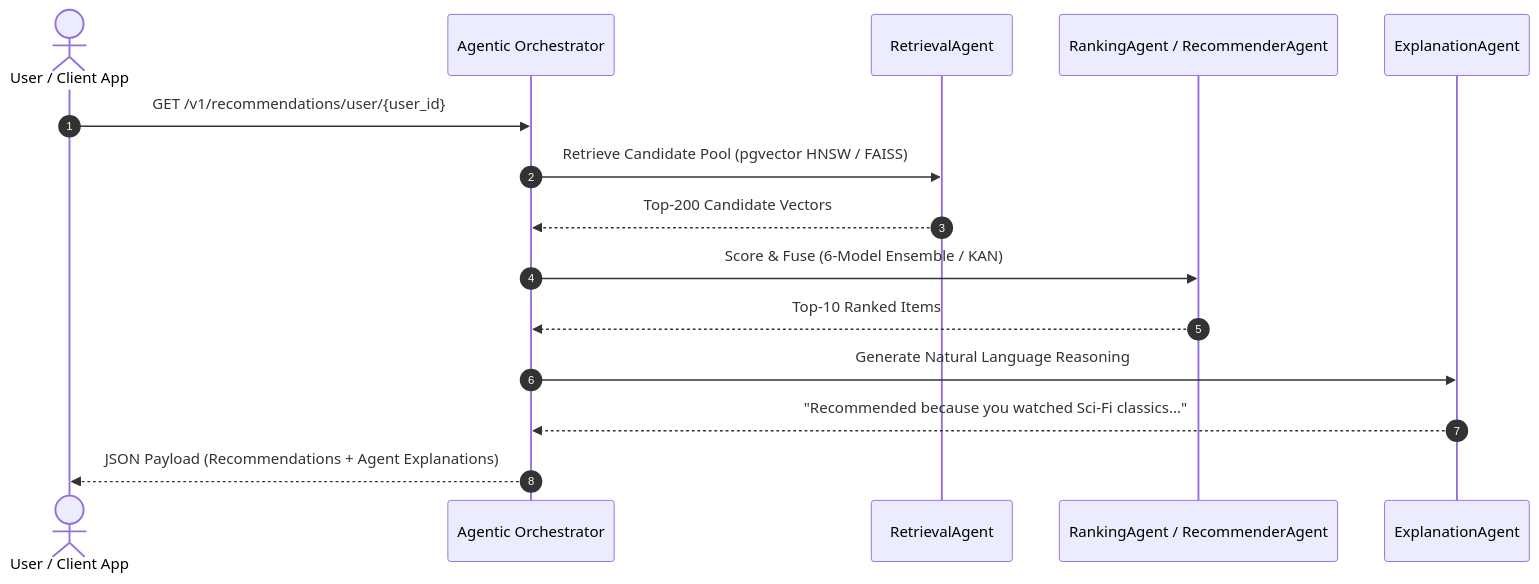
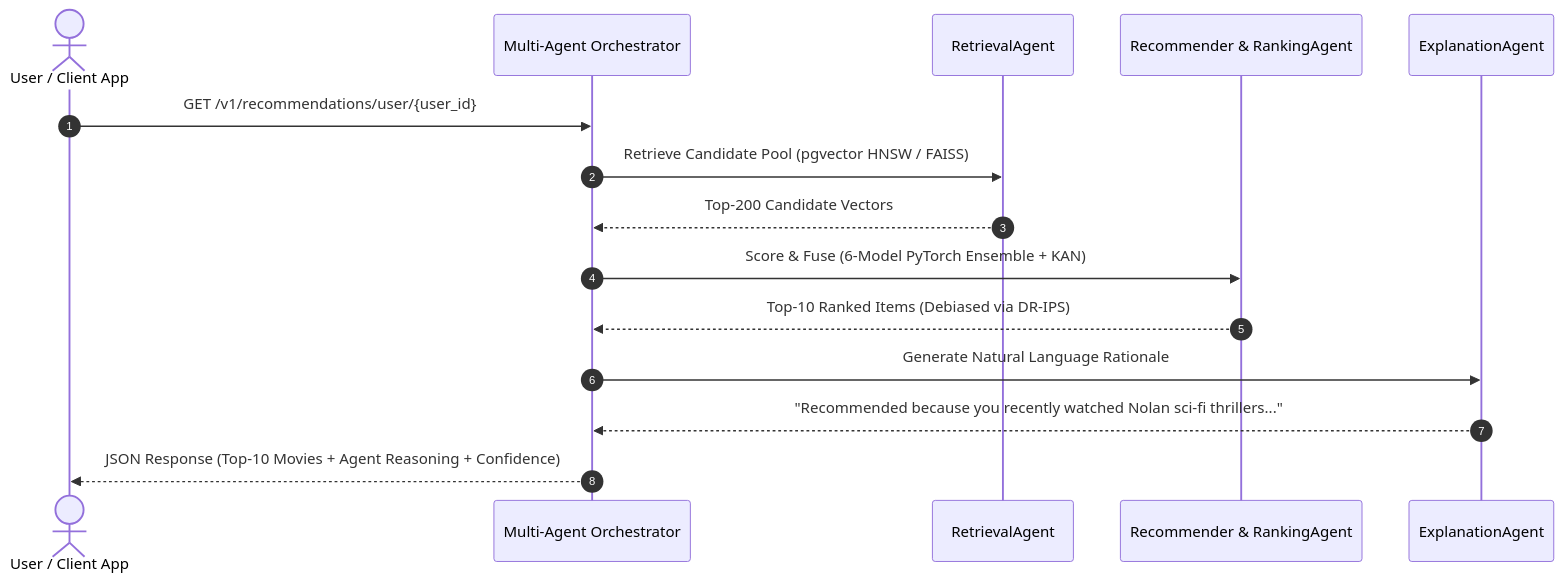
The second of 3 diagrams in README.md (pavan-badempet/Movie-Recommendation-System), drawn with Mermaid before and after one commit. The commit also changed other lines of this file and 7 other files, not shown here.

````diff
--- a/README.md
+++ b/README.md
@@ -220,18 +395,18 @@
 ```mermaid
 sequenceDiagram
     autonumber
     actor User as User / Client App
-    participant Orchestrator as Agentic Orchestrator
+    participant Orchestrator as Multi-Agent Orchestrator
     participant Retrieval as RetrievalAgent
-    participant Ranking as RankingAgent / RecommenderAgent
+    participant Ranking as Recommender & RankingAgent
     participant Explainer as ExplanationAgent
 
     User->>Orchestrator: GET /v1/recommendations/user/{user_id}
     Orchestrator->>Retrieval: Retrieve Candidate Pool (pgvector HNSW / FAISS)
     Retrieval-->>Orchestrator: Top-200 Candidate Vectors
-    Orchestrator->>Ranking: Score & Fuse (6-Model Ensemble / KAN)
-    Ranking-->>Orchestrator: Top-10 Ranked Items
-    Orchestrator->>Explainer: Generate Natural Language Reasoning
-    Explainer-->>Orchestrator: "Recommended because you watched Sci-Fi classics..."
-    Orchestrator-->>User: JSON Payload (Recommendations + Agent Explanations)
+    Orchestrator->>Ranking: Score & Fuse (6-Model PyTorch Ensemble + KAN)
+    Ranking-->>Orchestrator: Top-10 Ranked Items (Debiased via DR-IPS)
+    Orchestrator->>Explainer: Generate Natural Language Rationale
+    Explainer-->>Orchestrator: "Recommended because you recently watched Nolan sci-fi thrillers..."
+    Orchestrator-->>User: JSON Response (Top-10 Movies + Agent Reasoning + Confidence)
 ```
````
